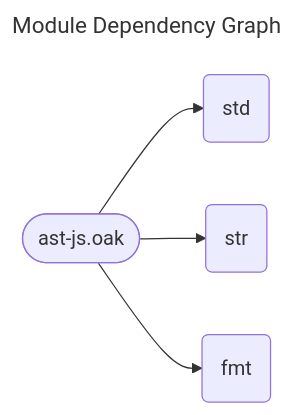
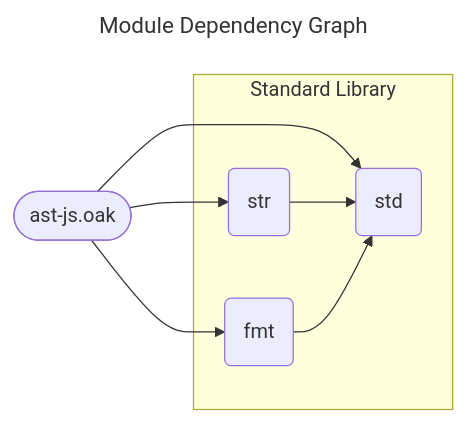
One commit to SpcFORK/magnolia changed the diagram in docs/spec/ast-js.mmd. Above: the diagram before and after it, drawn with Mermaid. The commit also changed 176 other files, not shown here.

First line of the commit message:
Enhance module dependency graphs and improve rendering logic

```diff
--- a/docs/spec/ast-js.mmd
+++ b/docs/spec/ast-js.mmd
@@ -1,11 +1,15 @@
 ---
 title: Module Dependency Graph
 ---
 flowchart LR
     lib_ast_js_oak(["ast-js.oak"])
-    std("std")
-    str("str")
-    fmt("fmt")
     lib_ast_js_oak --> std
     lib_ast_js_oak --> str
     lib_ast_js_oak --> fmt
+    str --> std
+    fmt --> std
+    subgraph stdlib_core ["Standard Library"]
+        std("std")
+        str("str")
+        fmt("fmt")
+    end
```
